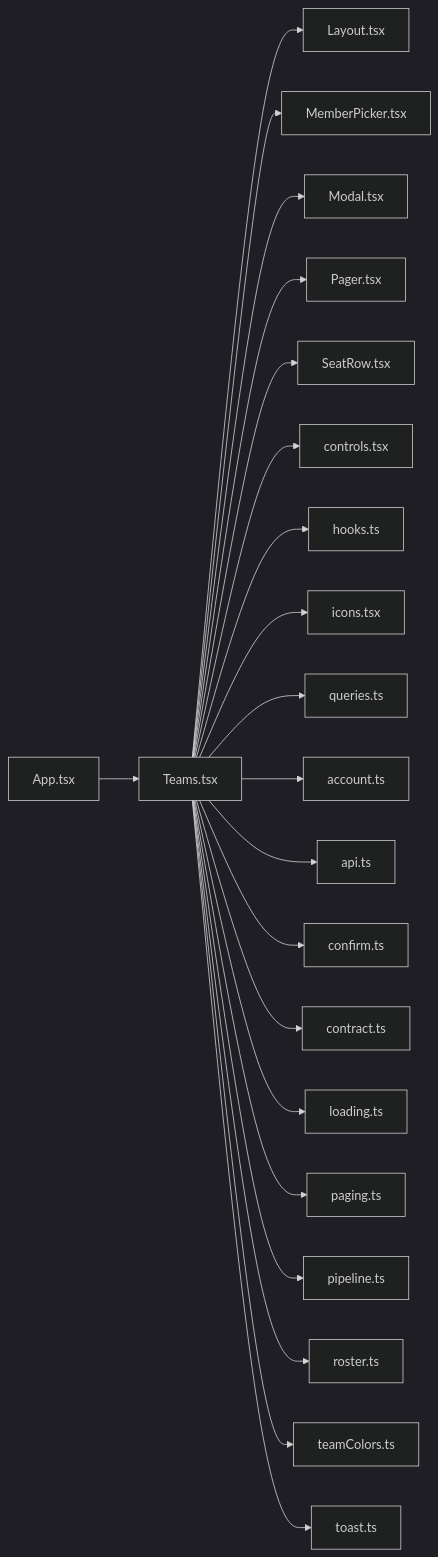
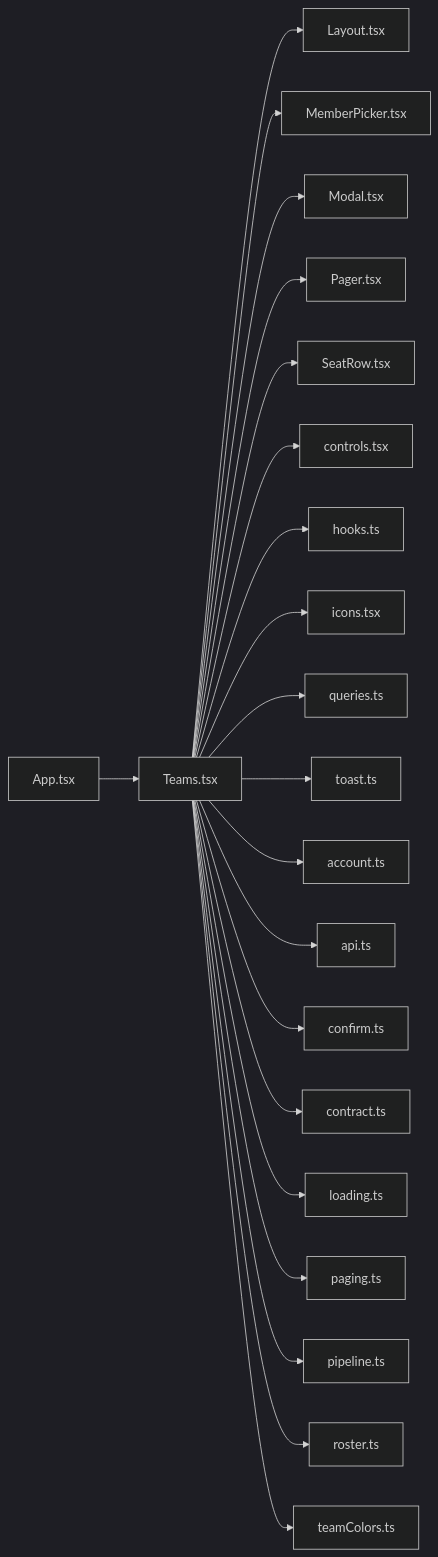
Before and after one commit to minkong-dev/Banblit: the diagram in .cluedoc/graph/frontend/src/routes/Teams.md, drawn with Mermaid (dark theme). The commit also changed other lines of this file and 47 other files, not shown here.

Commit message:
frontend: move toast into components

````diff
--- a/.cluedoc/graph/frontend/src/routes/Teams.md
+++ b/.cluedoc/graph/frontend/src/routes/Teams.md
@@ -10,24 +10,24 @@
 ```mermaid
 flowchart LR
   frontend_src_routes_Teams["Teams.tsx"]
   frontend_src_routes_Teams --> frontend_src_components_Layout["Layout.tsx"]
   frontend_src_routes_Teams --> frontend_src_components_MemberPicker["MemberPicker.tsx"]
   frontend_src_routes_Teams --> frontend_src_components_Modal["Modal.tsx"]
   frontend_src_routes_Teams --> frontend_src_components_Pager["Pager.tsx"]
   frontend_src_routes_Teams --> frontend_src_components_SeatRow["SeatRow.tsx"]
   frontend_src_routes_Teams --> frontend_src_components_controls["controls.tsx"]
   frontend_src_routes_Teams --> frontend_src_components_hooks["hooks.ts"]
   frontend_src_routes_Teams --> frontend_src_components_icons["icons.tsx"]
   frontend_src_routes_Teams --> frontend_src_components_queries["queries.ts"]
+  frontend_src_routes_Teams --> frontend_src_components_toast["toast.ts"]
   frontend_src_routes_Teams --> frontend_src_lib_account["account.ts"]
   frontend_src_routes_Teams --> frontend_src_lib_api["api.ts"]
   frontend_src_routes_Teams --> frontend_src_lib_confirm["confirm.ts"]
   frontend_src_routes_Teams --> frontend_src_lib_contract["contract.ts"]
   frontend_src_routes_Teams --> frontend_src_lib_loading["loading.ts"]
   frontend_src_routes_Teams --> frontend_src_lib_paging["paging.ts"]
   frontend_src_routes_Teams --> frontend_src_lib_pipeline["pipeline.ts"]
   frontend_src_routes_Teams --> frontend_src_lib_roster["roster.ts"]
   frontend_src_routes_Teams --> frontend_src_lib_teamColors["teamColors.ts"]
-  frontend_src_routes_Teams --> frontend_src_lib_toast["toast.ts"]
   frontend_src_App["App.tsx"] --> frontend_src_routes_Teams
 ```
````
